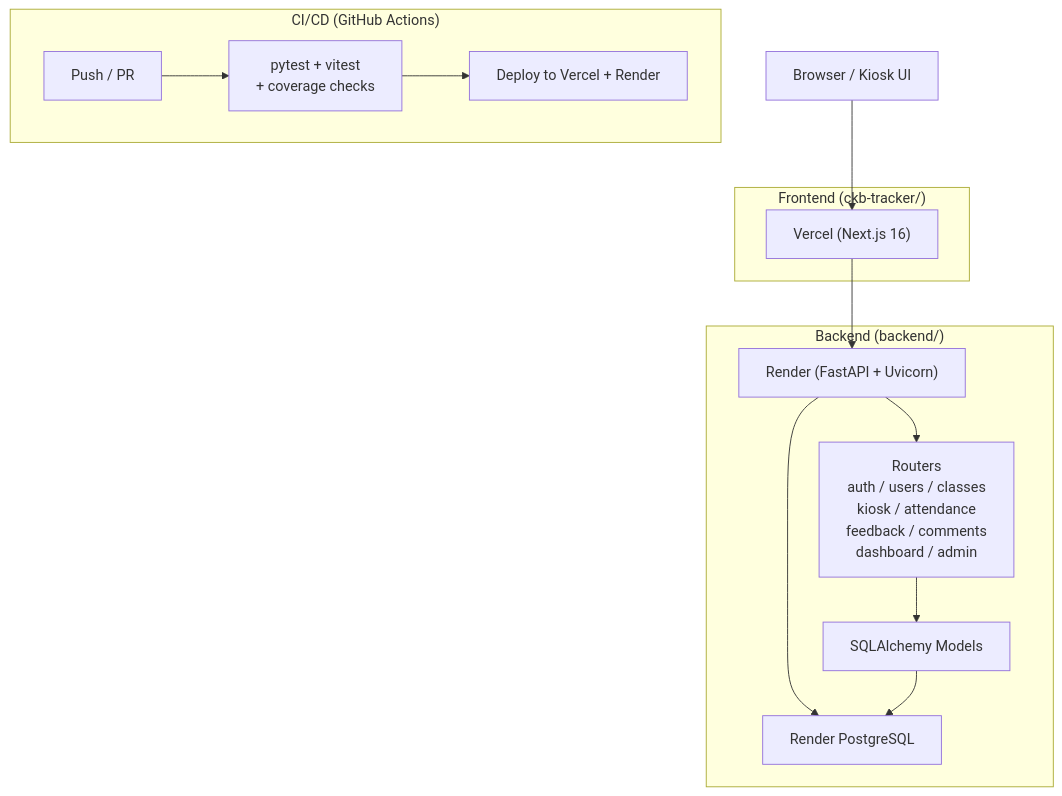
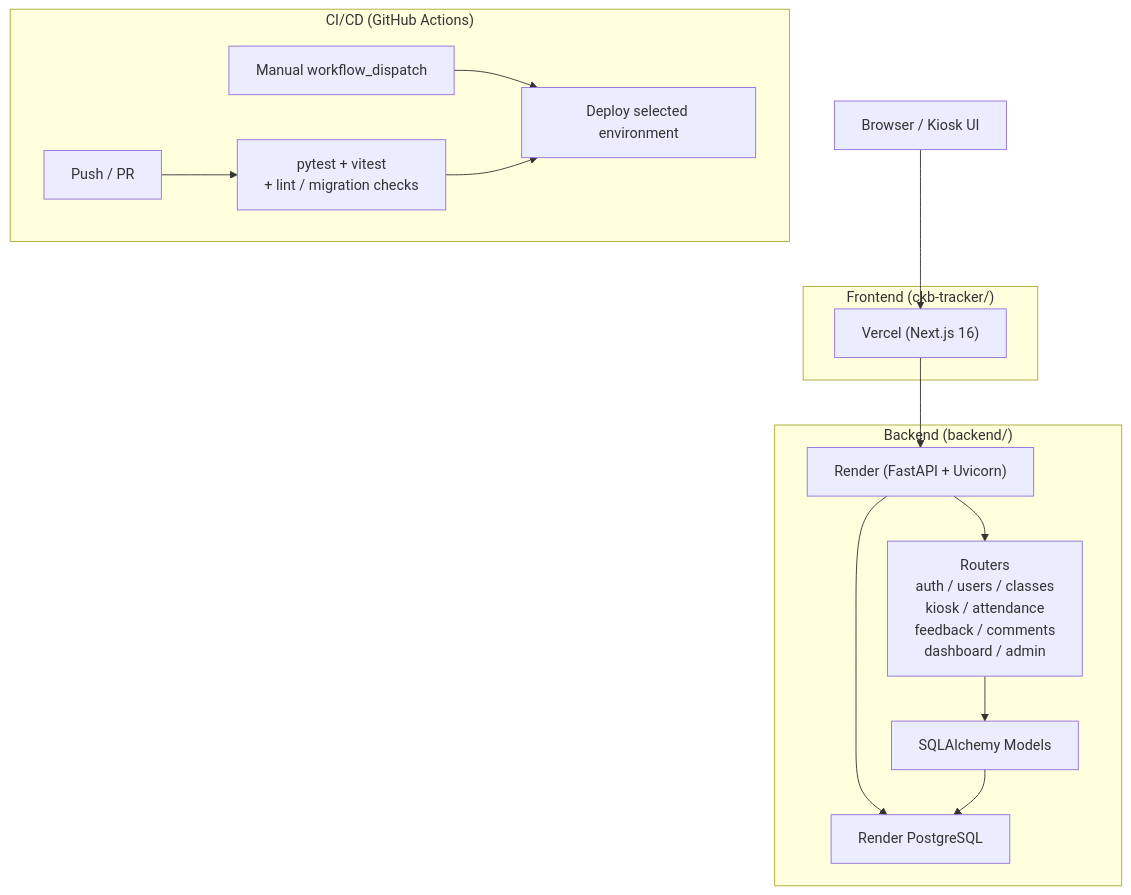
One commit to citybjjitsu-cyber/tracker_app_rebuild changed the first of 2 diagrams in README.md. Above: the diagram before and after it, drawn with Mermaid. The commit also changed other lines of this file and 9 other files, not shown here.

````diff
--- a/README.md
+++ b/README.md
@@ -25,21 +31,22 @@
 ```mermaid
 graph TB
     Browser["Browser / Kiosk UI"] --> Vercel["Vercel (Next.js 16)"]
     Vercel --> Render["Render (FastAPI + Uvicorn)"]
     Render --> PG["Render PostgreSQL"]
 
     subgraph "Frontend (ckb-tracker/)"
         Vercel
     end
 
     subgraph "Backend (backend/)"
         Render --> Routers["Routers<br/>auth / users / classes<br/>kiosk / attendance<br/>feedback / comments<br/>dashboard / admin"]
         Routers --> Models["SQLAlchemy Models"]
         Models --> PG
     end
 
     subgraph "CI/CD (GitHub Actions)"
-        GH["Push / PR"] --> Test["pytest + vitest<br/>+ coverage checks"]
-        Test --> Deploy["Deploy to Vercel + Render"]
+        GH["Push / PR"] --> Test["pytest + vitest<br/>+ lint / migration checks"]
+        Dispatch["Manual workflow_dispatch"] --> Deploy["Deploy selected environment"]
+        Test --> Deploy
     end
 ```
````
